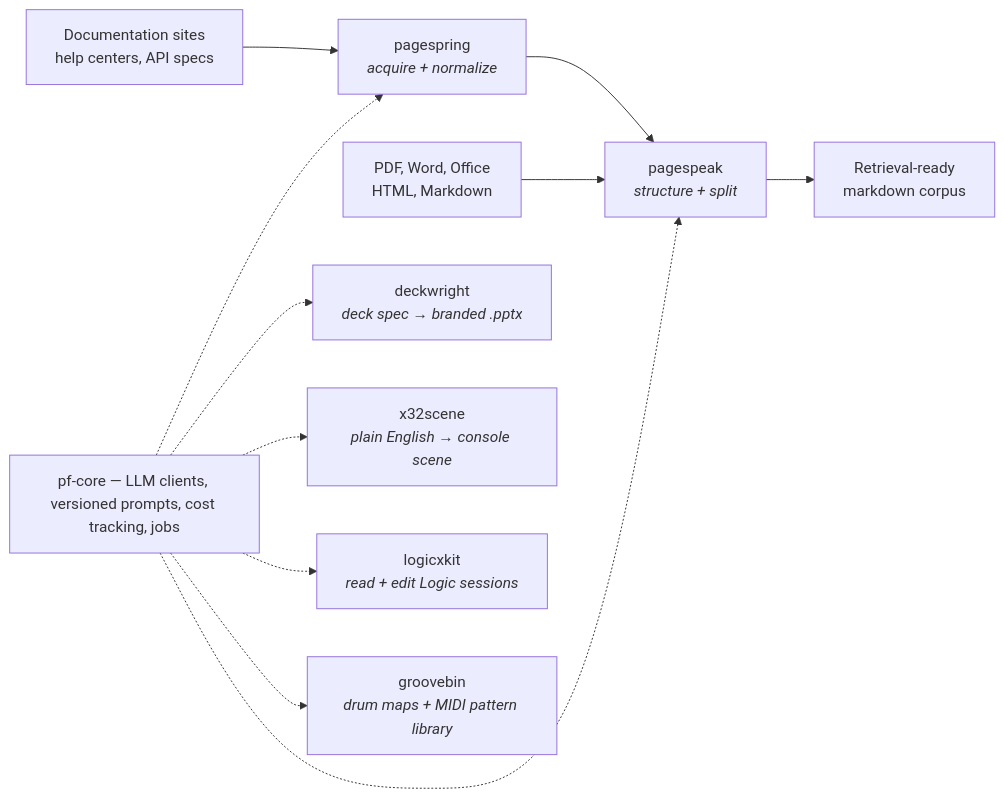
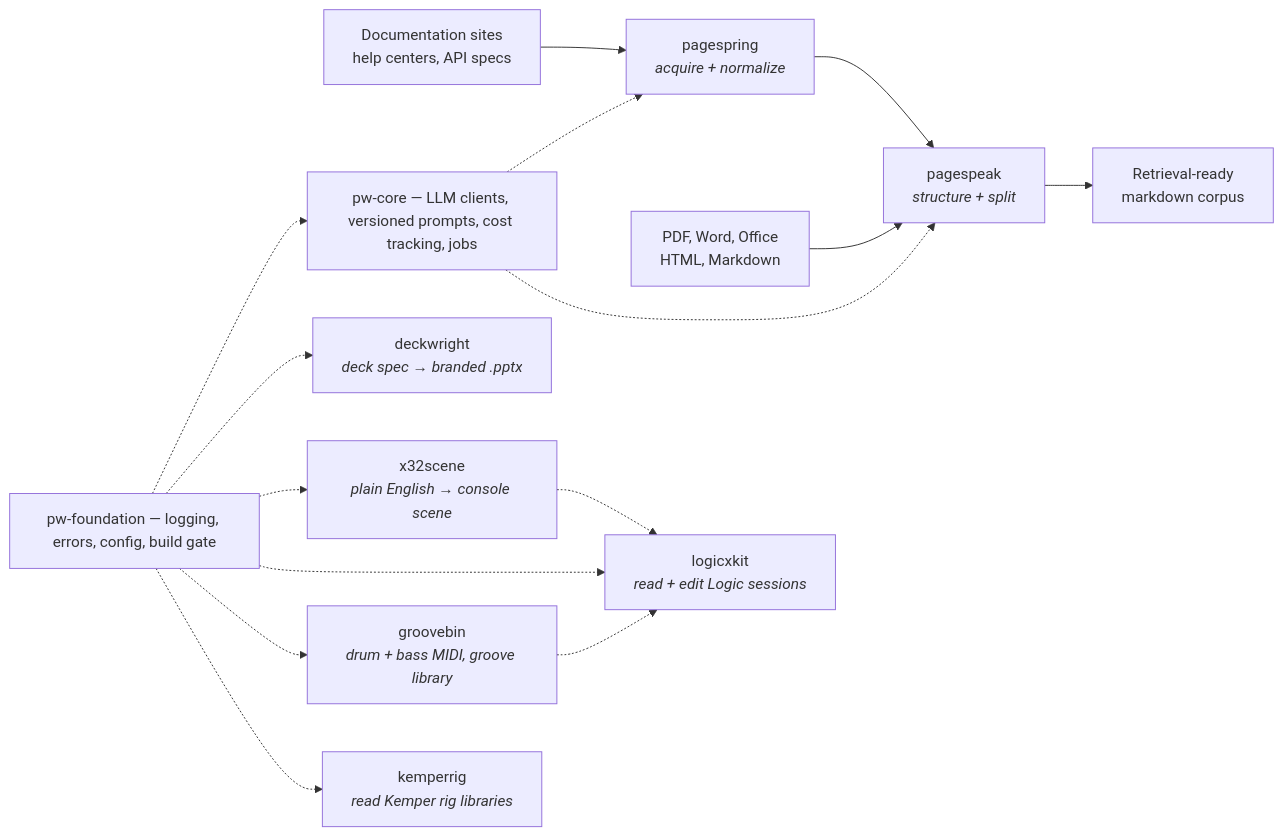
Before and after one commit to phierceweb/.github: the diagram in profile/README.md, drawn with Mermaid. The commit also changed other lines of this file, not shown here.

Commit message:
Add kemperrig

````diff
--- a/profile/README.md
+++ b/profile/README.md
@@ -7,13 +7,17 @@
 ```mermaid
 flowchart LR
     A["Documentation sites<br/>help centers, API specs"] --> B["pagespring<br/><i>acquire + normalize</i>"]
     B --> C["pagespeak<br/><i>structure + split</i>"]
     D["PDF, Word, Office<br/>HTML, Markdown"] --> C
     C --> E["Retrieval-ready<br/>markdown corpus"]
-    F["pf-core — LLM clients, versioned prompts, cost tracking, jobs"] -.-> B
+    F["pw-core — LLM clients, versioned prompts, cost tracking, jobs"] -.-> B
     F -.-> C
-    F -.-> G["deckwright<br/><i>deck spec → branded .pptx</i>"]
-    F -.-> H["x32scene<br/><i>plain English → console scene</i>"]
-    F -.-> I["logicxkit<br/><i>read + edit Logic sessions</i>"]
-    F -.-> J["groovebin<br/><i>drum maps + MIDI pattern library</i>"]
+    L["pw-foundation — logging, errors, config, build gate"] -.-> F
+    L -.-> G["deckwright<br/><i>deck spec → branded .pptx</i>"]
+    L -.-> H["x32scene<br/><i>plain English → console scene</i>"]
+    L -.-> I["logicxkit<br/><i>read + edit Logic sessions</i>"]
+    L -.-> J["groovebin<br/><i>drum + bass MIDI, groove library</i>"]
+    L -.-> K["kemperrig<br/><i>read Kemper rig libraries</i>"]
+    J -.-> I
+    H -.-> I
 ```
````
